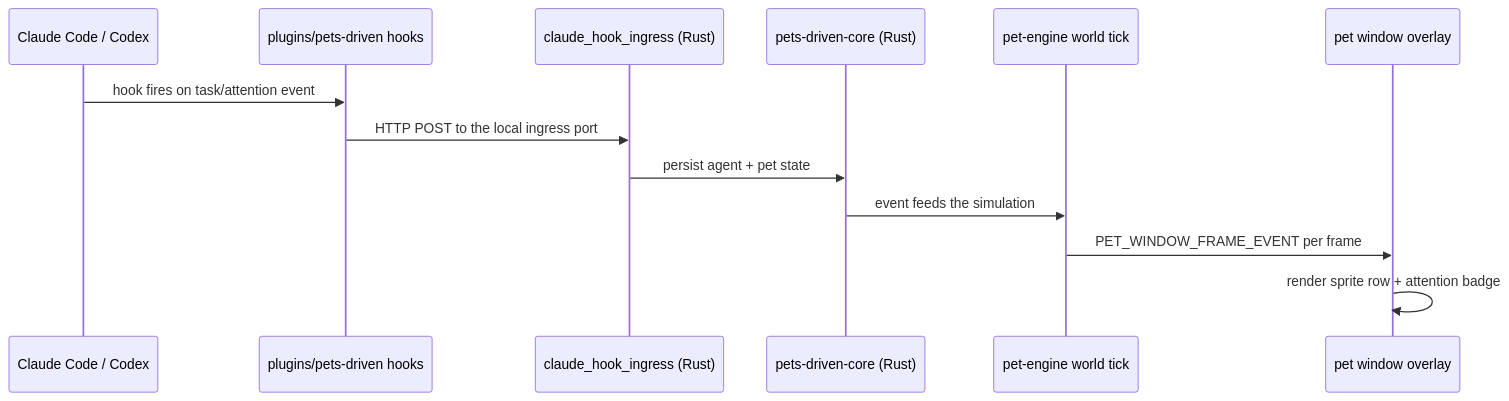
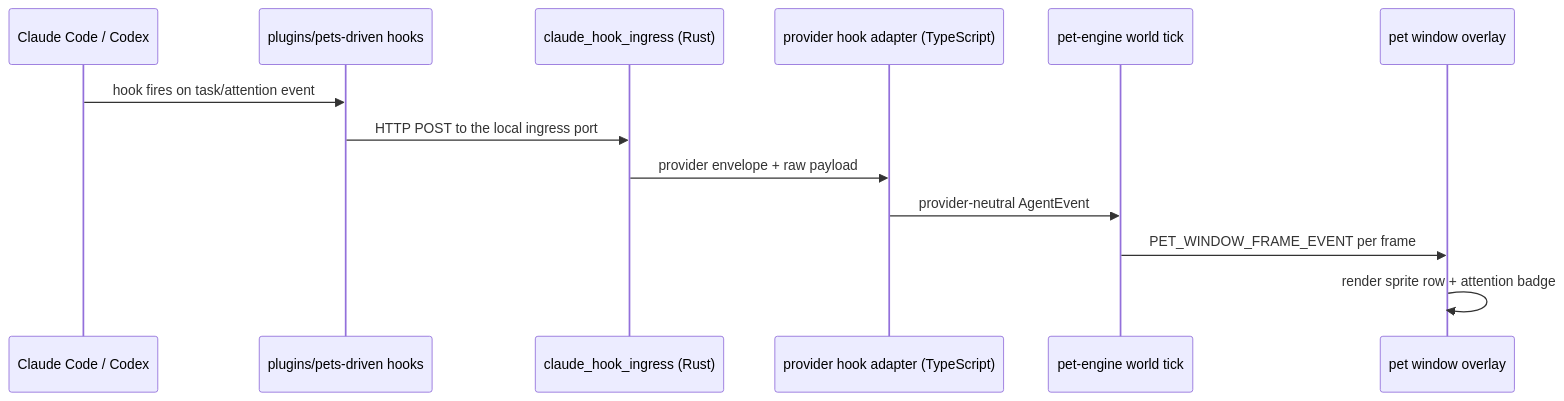
Before and after one commit to young1the/pets-driven: the second of 2 diagrams in ARCHITECTURE.md, drawn with Mermaid. The commit also changed other lines of this file and 3 other files, not shown here.

````diff
--- a/ARCHITECTURE.md
+++ b/ARCHITECTURE.md
@@ -39,16 +39,16 @@
 ```mermaid
 sequenceDiagram
   participant Agent as Claude Code / Codex
   participant Hook as plugins/pets-driven hooks
   participant Ingress as claude_hook_ingress (Rust)
-  participant Store as pets-driven-core (Rust)
+  participant Adapter as provider hook adapter (TypeScript)
   participant Sim as pet-engine world tick
   participant Win as pet window overlay
 
   Agent->>Hook: hook fires on task/attention event
   Hook->>Ingress: HTTP POST to the local ingress port
-  Ingress->>Store: persist agent + pet state
-  Store->>Sim: event feeds the simulation
+  Ingress->>Adapter: provider envelope + raw payload
+  Adapter->>Sim: provider-neutral AgentEvent
   Sim->>Win: PET_WINDOW_FRAME_EVENT per frame
   Win->>Win: render sprite row + attention badge
 ```
````
